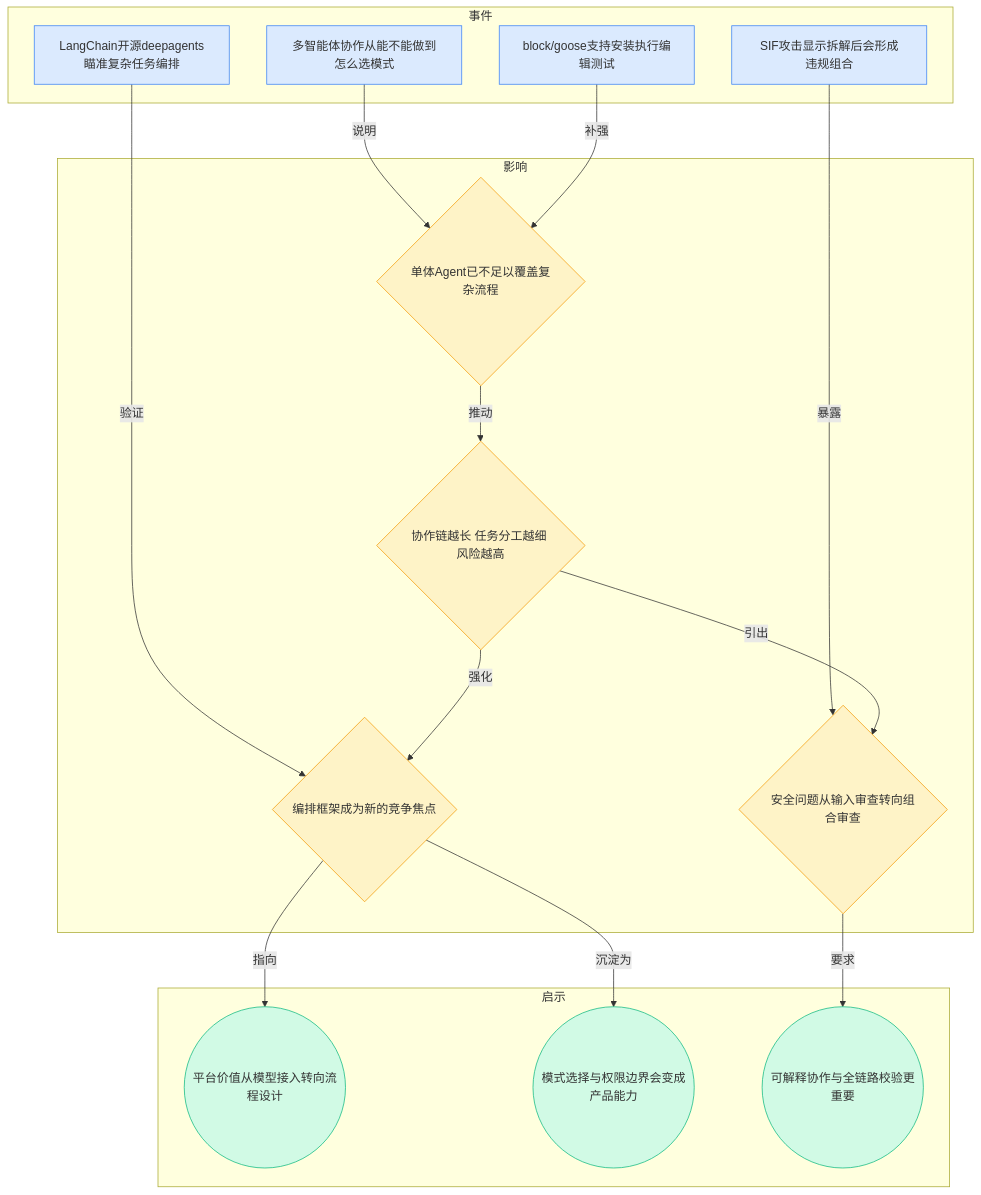
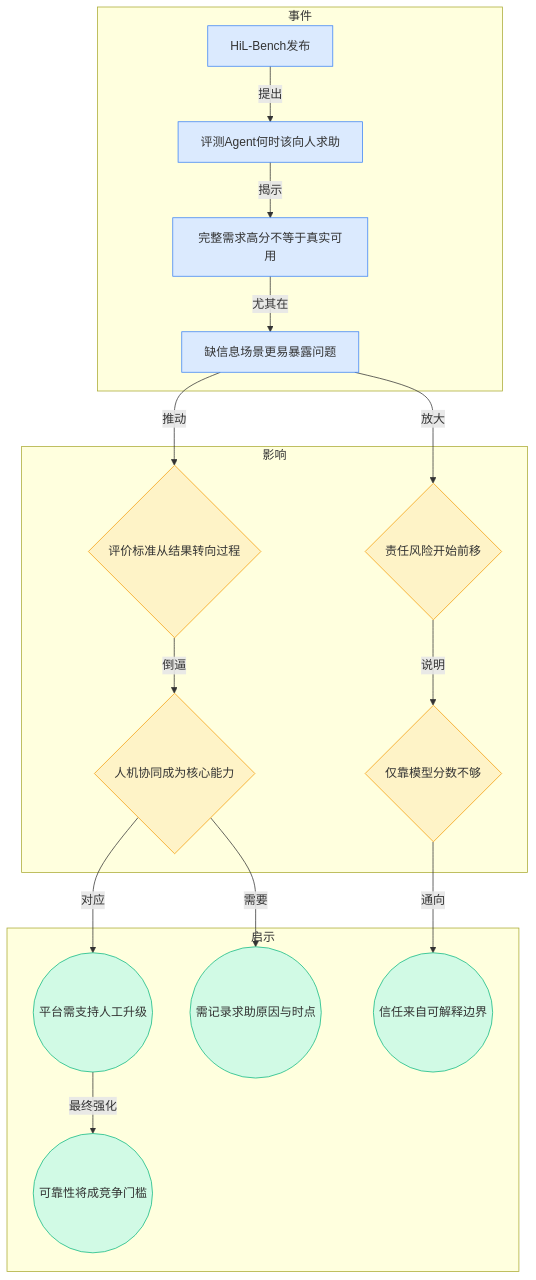
The second of 8 diagrams in content/cn/blog/weekly/2026-W16.md (ylzsdafei/ai-daily-site), drawn with Mermaid before and after one commit. The commit also changed other lines of this file and 1 other file, not shown here.

````diff
--- a/content/cn/blog/weekly/2026-W16.md
+++ b/content/cn/blog/weekly/2026-W16.md
@@ -36,36 +36,38 @@
 ```mermaid
 graph TD
 subgraph 事件
-E1[多智能体协作从能不能做到怎么选模式]
-E2[LangChain开源deepagents瞄准复杂任务编排]
-E3[block/goose支持安装执行编辑测试]
-E4[SIF攻击显示拆解后会形成违规组合]
+A1[HiL-Bench发布]
+A2[评测Agent何时该向人求助]
+A3[完整需求高分不等于真实可用]
+A4[缺信息场景更易暴露问题]
 end
 subgraph 影响
-I1{单体Agent已不足以覆盖复杂流程}
-I2{协作链越长 任务分工越细 风险越高}
-I3{编排框架成为新的竞争焦点}
-I4{安全问题从输入审查转向组合审查}
+B1{评价标准从结果转向过程}
+B2{责任风险开始前移}
+B3{人机协同成为核心能力}
+B4{仅靠模型分数不够}
 end
 subgraph 启示
-Q1((平台价值从模型接入转向流程设计))
-Q2((模式选择与权限边界会变成产品能力))
-Q3((可解释协作与全链路校验更重要))
+C1((平台需支持人工升级))
+C2((需记录求助原因与时点))
+C3((信任来自可解释边界))
+C4((可靠性将成竞争门槛))
 end
-E1 -->|说明| I1
-E2 -->|验证| I3
-E3 -->|补强| I1
-E4 -->|暴露| I4
-I1 -->|推动| I2
-I2 -->|强化| I3
-I2 -->|引出| I4
-I3 -->|指向| Q1
-I4 -->|要求| Q3
-I3 -->|沉淀为| Q2
+A1 -->|提出| A2
+A2 -->|揭示| A3
+A3 -->|尤其在| A4
+A4 -->|推动| B1
+A4 -->|放大| B2
+B1 -->|倒逼| B3
+B2 -->|说明| B4
+B3 -->|对应| C1
+B3 -->|需要| C2
+B4 -->|通向| C3
+C1 -->|最终强化| C4
 classDef blue fill:#dbeafe,stroke:#3b82f6
 classDef yellow fill:#fef3c7,stroke:#f59e0b
 classDef green fill:#d1fae5,stroke:#10b981
-class E1,E2,E3,E4 blue
-class I1,I2,I3,I4 yellow
-class Q1,Q2,Q3 green
+class A1,A2,A3,A4 blue
+class B1,B2,B3,B4 yellow
+class C1,C2,C3,C4 green
 ```
````
